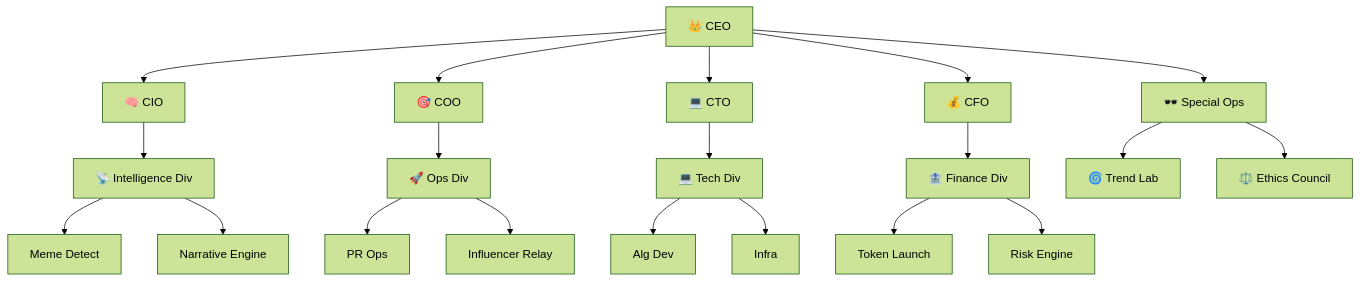
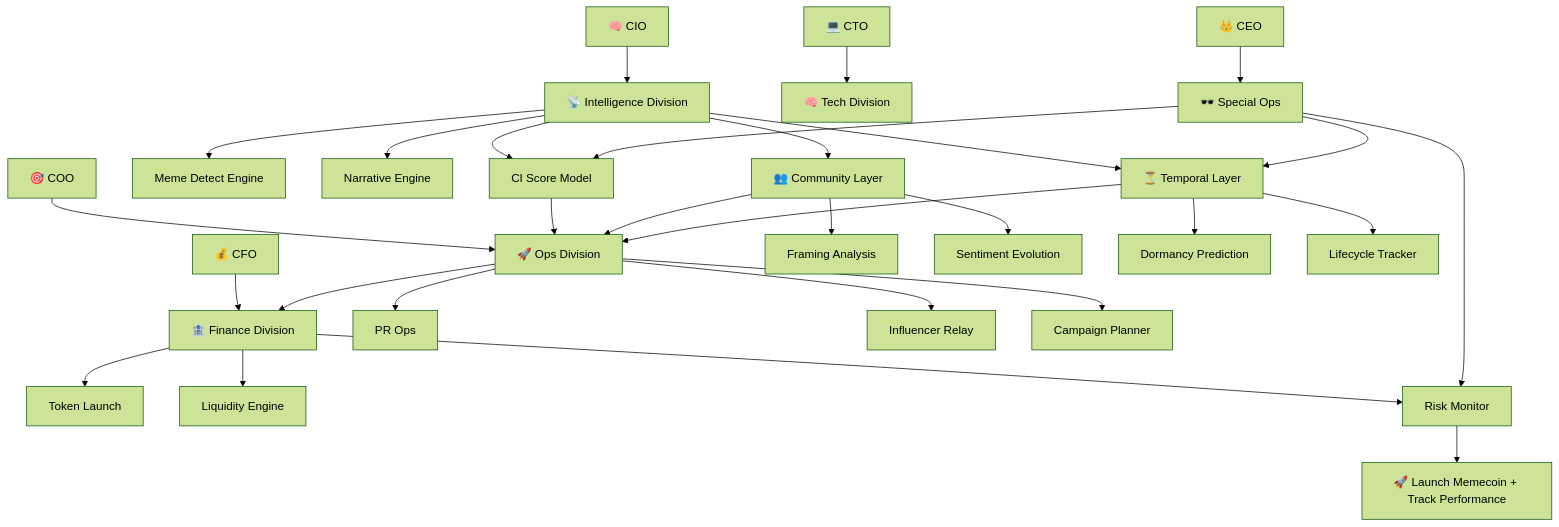
One commit to Latticeworks1/meme-syndicate changed the first of 7 diagrams in README.md. Above: the diagram before and after it, drawn with Mermaid (forest theme).

Commit message:
Update README.md
netowkr
e

````diff
--- a/README.md
+++ b/README.md
@@ -6,38 +6,47 @@
 ```mermaid
-graph TD
+flowchart TD
+    %% Executive Core
     CEO[👑 CEO]
-    CIO[🧠 CIO]
-    COO[🎯 COO]
-    CTO[💻 CTO]
-    CFO[💰 CFO]
-    SU[🕶️ Special Ops]
+    CIO[🧠 CIO] --> ID[📡 Intelligence Division]
+    COO[🎯 COO] --> OD[🚀 Ops Division]
+    CTO[💻 CTO] --> TD[🧠 Tech Division]
+    CFO[💰 CFO] --> FD[🏦 Finance Division]
+    CEO --> SU[🕶️ Special Ops]
 
-    %% Executive hierarchy
-    CEO --> CIO
-    CEO --> COO
-    CEO --> CTO
-    CEO --> CFO
-    CEO --> SU
+    %% Intelligence Flow
+    ID --> ID1[Meme Detect Engine]
+    ID --> ID2[Narrative Engine]
+    ID --> ID3[CI Score Model]
 
-    %% Divisions
-    CIO --> ID[📡 Intelligence Div]
-    COO --> OD[🚀 Ops Div]
-    CTO --> TD[💻 Tech Div]
-    CFO --> FD[🏦 Finance Div]
+    %% Flow to Community Analysis
+    ID --> COMM[👥 Community Layer]
+    COMM --> FRAME[Framing Analysis]
+    COMM --> SENTI[Sentiment Evolution]
 
-    %% Compact Units
-    ID --> ID1[Meme Detect]
-    ID --> ID2[Narrative Engine]
+    %% Temporal Feed
+    ID --> TEMP[⏳ Temporal Layer]
+    TEMP --> DORMANT[Dormancy Prediction]
+    TEMP --> LIFECYCLE[Lifecycle Tracker]
 
+    %% Flow to PR Ops
+    ID3 --> OD
+    COMM --> OD
+    TEMP --> OD
     OD --> OD1[PR Ops]
     OD --> OD2[Influencer Relay]
+    OD --> OD3[Campaign Planner]
 
-    TD --> TD1[Alg Dev]
-    TD --> TD2[Infra]
+    %% PR Feeds Tokenization
+    OD --> FD
+    FD --> FD1[Token Launch]
+    FD --> FD2[Liquidity Engine]
+    FD --> FD3[Risk Monitor]
 
-    FD --> FD1[Token Launch]
-    FD --> FD2[Risk Engine]
+    %% Special Ops Cross-Division Support
+    SU --> ID3
+    SU --> TEMP
+    SU --> FD3
 
-    SU --> SU1[🌀 Trend Lab]
-    SU --> SU2[⚖️ Ethics Council]
+    %% Execution End
+    FD3 --> RESULT[🚀 Launch Memecoin + Track Performance]
 ```
````
